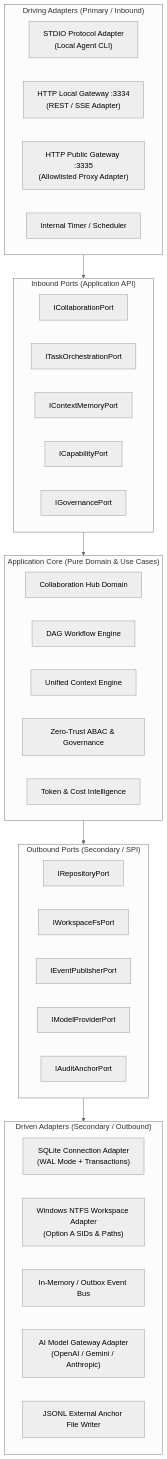
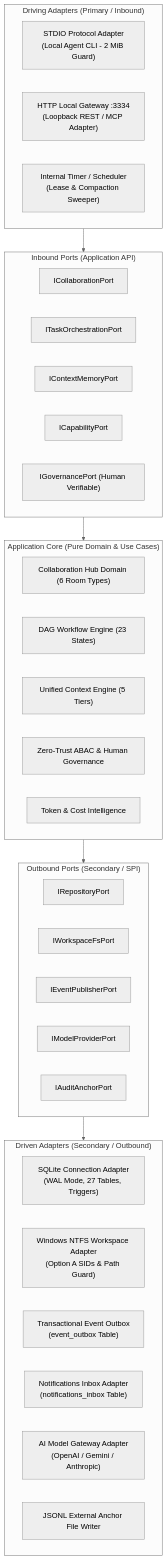
The first of 4 diagrams in docs/blueprint/v3/02_TARGET_ARCHITECTURE.md (kietpro352010/AICO), drawn with Mermaid (neutral theme) before and after one commit. The commit also changed other lines of this file and 11 other files, not shown here.

````diff
--- a/docs/blueprint/v3/02_TARGET_ARCHITECTURE.md
+++ b/docs/blueprint/v3/02_TARGET_ARCHITECTURE.md
@@ -17,46 +18,46 @@
 ```mermaid
 graph TD
     subgraph DrivingAdapters["Driving Adapters (Primary / Inbound)"]
-        StdioEntry["STDIO Protocol Adapter\n(Local Agent CLI)"]
-        HttpEntry["HTTP Local Gateway :3334\n(REST / SSE Adapter)"]
-        PublicHttp["HTTP Public Gateway :3335\n(Allowlisted Proxy Adapter)"]
-        CronTrigger["Internal Timer / Scheduler"]
+        StdioEntry["STDIO Protocol Adapter\n(Local Agent CLI - 2 MiB Guard)"]
+        HttpEntry["HTTP Local Gateway :3334\n(Loopback REST / MCP Adapter)"]
+        CronTrigger["Internal Timer / Scheduler\n(Lease & Compaction Sweeper)"]
     end
 
     subgraph PortsIn["Inbound Ports (Application API)"]
         ICollabPort["ICollaborationPort"]
         ITaskPort["ITaskOrchestrationPort"]
         IContextPort["IContextMemoryPort"]
         ICapabilityPort["ICapabilityPort"]
-        IGovernancePort["IGovernancePort"]
+        IGovernancePort["IGovernancePort (Human Verifiable)"]
     end
 
     subgraph CoreDomain["Application Core (Pure Domain & Use Cases)"]
-        CollabCore["Collaboration Hub Domain"]
-        WorkflowCore["DAG Workflow Engine"]
-        ContextCore["Unified Context Engine"]
-        SecurityCore["Zero-Trust ABAC & Governance"]
+        CollabCore["Collaboration Hub Domain (6 Room Types)"]
+        WorkflowCore["DAG Workflow Engine (23 States)"]
+        ContextCore["Unified Context Engine (5 Tiers)"]
+        SecurityCore["Zero-Trust ABAC & Human Governance"]
         CostCore["Token & Cost Intelligence"]
     end
 
     subgraph PortsOut["Outbound Ports (Secondary / SPI)"]
         IRepoPort["IRepositoryPort"]
         IFsPort["IWorkspaceFsPort"]
         IEventPort["IEventPublisherPort"]
         IModelPort["IModelProviderPort"]
         IAuditPort["IAuditAnchorPort"]
     end
 
     subgraph DrivenAdapters["Driven Adapters (Secondary / Outbound)"]
-        SqliteAdapter["SQLite Connection Adapter\n(WAL Mode + Transactions)"]
-        NtfsAdapter["Windows NTFS Workspace Adapter\n(Option A SIDs & Paths)"]
-        EventOutbox["In-Memory / Outbox Event Bus"]
+        SqliteAdapter["SQLite Connection Adapter\n(WAL Mode, 27 Tables, Triggers)"]
+        NtfsAdapter["Windows NTFS Workspace Adapter\n(Option A SIDs & Path Guard)"]
+        EventOutbox["Transactional Event Outbox\n(event_outbox Table)"]
+        NotificationInbox["Notifications Inbox Adapter\n(notifications_inbox Table)"]
         ModelRouter["AI Model Gateway Adapter\n(OpenAI / Gemini / Anthropic)"]
         AnchorFs["JSONL External Anchor File Writer"]
     end
 
     DrivingAdapters --> PortsIn
     PortsIn --> CoreDomain
     CoreDomain --> PortsOut
     PortsOut --> DrivenAdapters
 ```
````
